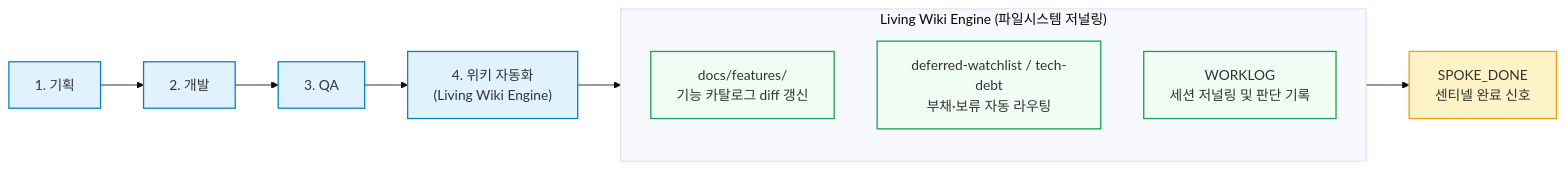
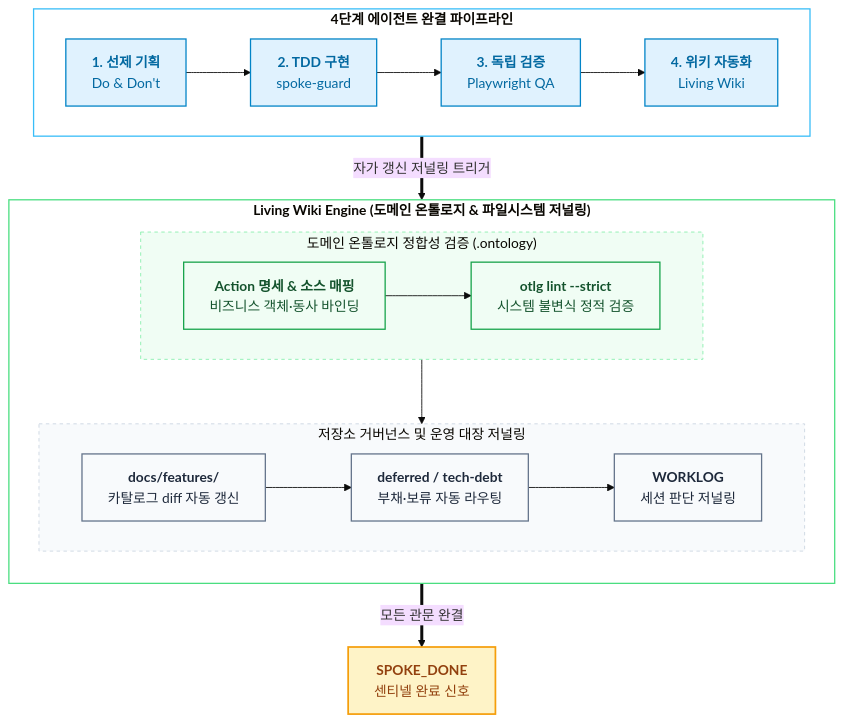
One commit to tomato-vault/tomato-vault.github.io changed the second of 2 diagrams in _posts/tech/ai-agent-architecture/11 우리는 이미 각자의 운영체제를 짜고 있었다.md. Above: the diagram before and after it, drawn with Mermaid (base theme). The commit also changed other lines of this file and 3 other files, not shown here.

Commit message:
Enhance AI Agent Architecture documentation with Living Wiki Engine concept and Palantir ontology integration; add new image asset for visual reference.

````diff
--- a/_posts/tech/ai-agent-architecture/11 우리는 이미 각자의 운영체제를 짜고 있었다.md
+++ b/_posts/tech/ai-agent-architecture/11 우리는 이미 각자의 운영체제를 짜고 있었다.md
@@ -177,23 +190,39 @@
 ```mermaid
-flowchart LR
-    Plan["1. 기획"] --> Dev["2. 개발"]
-    Dev --> QA["3. QA"]
-    QA --> Wiki["4. 위키 자동화<br/>(Living Wiki Engine)"]
-    
-    subgraph LivingWiki ["Living Wiki Engine (파일시스템 저널링)"]
-        W1["docs/features/<br/>기능 카탈로그 diff 갱신"]
-        W2["deferred-watchlist / tech-debt<br/>부채·보류 자동 라우팅"]
-        W3["WORKLOG<br/>세션 저널링 및 판단 기록"]
+flowchart TD
+    subgraph Pipeline ["<b>4단계 에이전트 완결 파이프라인</b>"]
+        direction LR
+        P1["<b>1. 선제 기획</b><br/>Do & Don't"] --> P2["<b>2. TDD 구현</b><br/>spoke-guard"] --> P3["<b>3. 독립 검증</b><br/>Playwright QA"] --> P4["<b>4. 위키 자동화</b><br/>Living Wiki"]
     end
-    
-    Wiki --> LivingWiki
-    LivingWiki --> Done["SPOKE_DONE<br/>센티넬 완료 신호"]
 
-    classDef flowNode fill:#e0f2fe,stroke:#0284c7,stroke-width:1.5px
-    classDef wikiBox fill:#f0fdf4,stroke:#16a34a,stroke-width:1.5px
-    classDef doneNode fill:#fef3c7,stroke:#f59e0b,stroke-width:1.5px
+    Pipeline ==>|"자가 갱신 저널링 트리거"| LivingWiki
 
-    class Plan,Dev,QA,Wiki flowNode
-    class W1,W2,W3 wikiBox
+    subgraph LivingWiki ["<b>Living Wiki Engine (도메인 온톨로지 & 파일시스템 저널링)</b>"]
+        direction TB
+        subgraph OTLG ["도메인 온톨로지 정합성 검증 (.ontology)"]
+            direction LR
+            W1["<b>Action 명세 & 소스 매핑</b><br/>비즈니스 객체·동사 바인딩"] --> W2["<b>otlg lint --strict</b><br/>시스템 불변식 정적 검증"]
+        end
+        subgraph CATALOG ["저장소 거버넌스 및 운영 대장 저널링"]
+            direction LR
+            W3["<b>docs/features/</b><br/>카탈로그 diff 자동 갱신"] --> W4["<b>deferred / tech-debt</b><br/>부채·보류 자동 라우팅"] --> W5["<b>WORKLOG</b><br/>세션 판단 저널링"]
+        end
+        OTLG --> CATALOG
+    end
+
+    LivingWiki ==>|"모든 관문 완결"| Done["<b>SPOKE_DONE</b><br/>센티넬 완료 신호"]
+
+    classDef flowNode fill:#e0f2fe,stroke:#0284c7,stroke-width:1.5px,color:#0369a1
+    classDef otlgNode fill:#f0fdf4,stroke:#16a34a,stroke-width:1.5px,color:#14532d
+    classDef catNode fill:#f8fafc,stroke:#64748b,stroke-width:1.5px,color:#1e293b
+    classDef doneNode fill:#fef3c7,stroke:#f59e0b,stroke-width:2px,color:#92400e
+
+    class P1,P2,P3,P4 flowNode
+    class W1,W2 otlgNode
+    class W3,W4,W5 catNode
     class Done doneNode
+
+    style Pipeline fill:#ffffff,stroke:#38bdf8,stroke-width:1.5px
+    style LivingWiki fill:#ffffff,stroke:#4ade80,stroke-width:1.5px
+    style OTLG fill:#f0fdf4,stroke:#86efac,stroke-dasharray: 4 4
+    style CATALOG fill:#f8fafc,stroke:#cbd5e1,stroke-dasharray: 4 4
 ```
````
